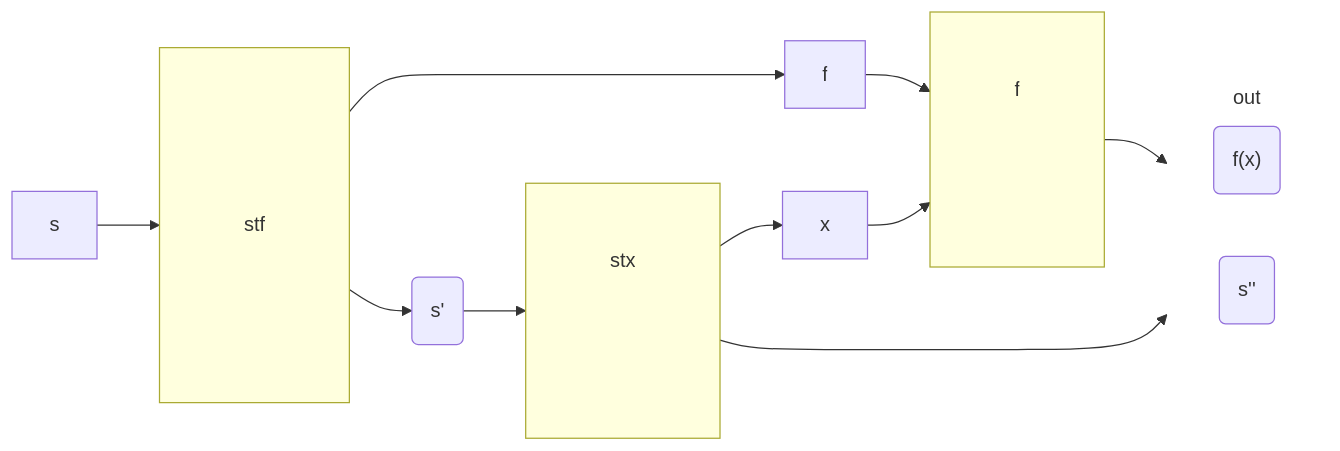
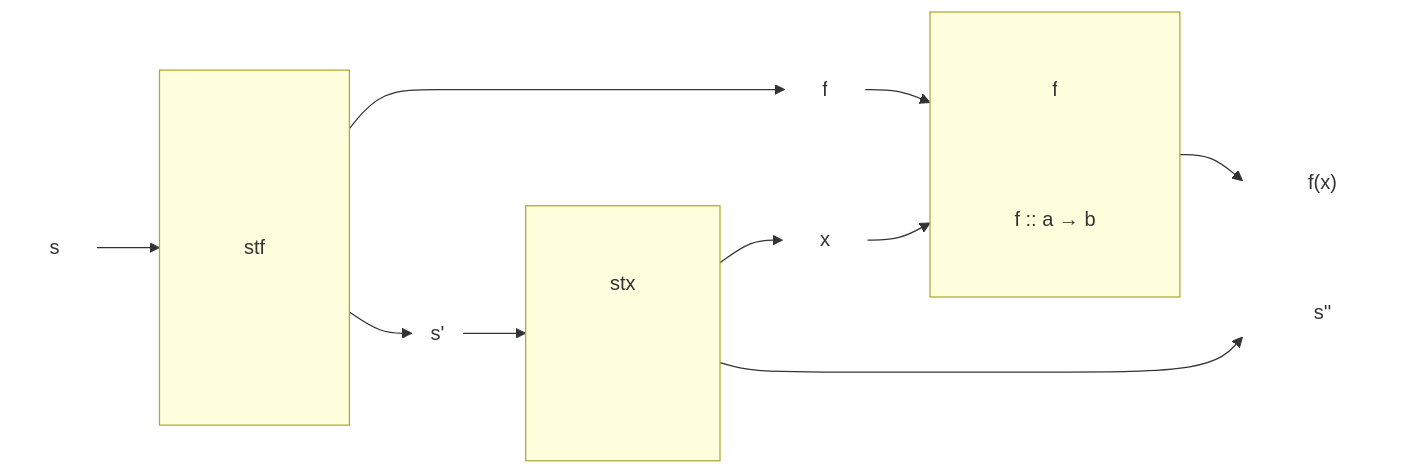
Before and after one commit to aicenter/FUP: the sixth of 7 diagrams in lectures/lecture12.md, drawn with Mermaid. The commit also changed other lines of this file and 2 other files, not shown here.

````diff
--- a/lectures/lecture12.md
+++ b/lectures/lecture12.md
@@ -176,42 +233,42 @@
 ```mermaid
 flowchart LR
 
   subgraph stf[" "]
   direction LR
     h1[" "]
     h2["stf"]
     h3[" "]
   end
 
   subgraph stx[" "]
   direction LR
     h4["stx"]
     h5[" "]
   end
 
   subgraph fbox[" "]
   direction LR
-    h6["f"]
-    h7[" "]
+    h7["f"]
+    h6["f :: a →  b"]
   end
 
-  subgraph out
+  subgraph out[" "]
   direction LR
     fx
     s2
   end
-
 
   s --> stf
   stf --> s1("s'")
   stf --> f
   f --> fbox
   s1 --> stx
   stx --> x
   x --> fbox
   fbox --> fx("f(x)")
   stx --> s2("s''")
 
   classDef transparent fill:#0000, stroke:#0000
   class out,h1,h2,h3,h4,h5,h6,h7 transparent;
+  class x,x1,s,s1,s2,fx,f transparent
 ```
````
